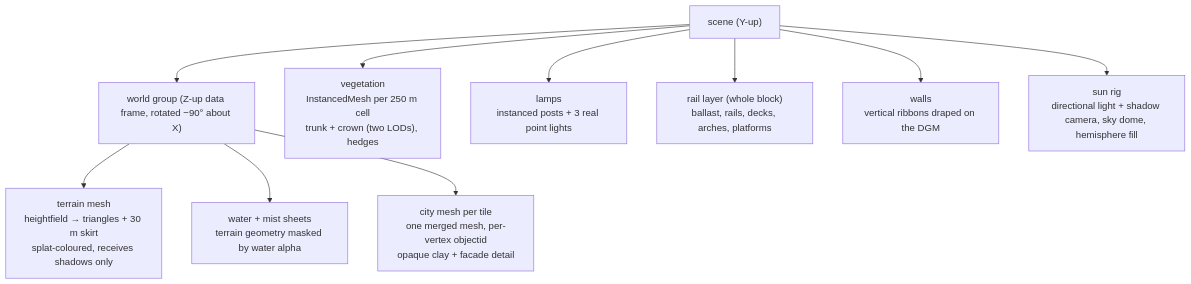
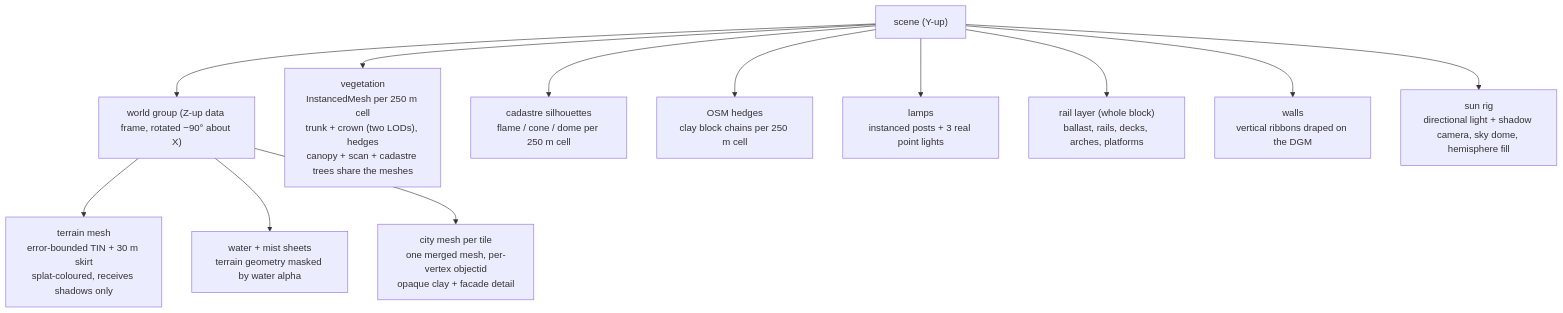
One commit to mdugue/bridge changed the first of 2 diagrams in docs/rendering.md. Above: the diagram before and after it, drawn with Mermaid. The commit also changed other lines of this file and 17 other files, not shown here.

First line of the commit message:
docs: TIN, cadastre, scan trees and hedges are shipped

````diff
--- a/docs/rendering.md
+++ b/docs/rendering.md
@@ -19,14 +19,16 @@
 ```mermaid
 flowchart TB
   SCENE["scene (Y-up)"]
   WORLD["world group (Z-up data frame, rotated −90° about X)"]
   SCENE --> WORLD
-  WORLD --> TER["terrain mesh<br/>heightfield → triangles + 30 m skirt<br/>splat-coloured, receives shadows only"]
+  WORLD --> TER["terrain mesh<br/>error-bounded TIN + 30 m skirt<br/>splat-coloured, receives shadows only"]
   WORLD --> WAT["water + mist sheets<br/>terrain geometry masked by water alpha"]
   WORLD --> CITY["city mesh per tile<br/>one merged mesh, per-vertex objectid<br/>opaque clay + facade detail"]
-  SCENE --> VEG["vegetation<br/>InstancedMesh per 250 m cell<br/>trunk + crown (two LODs), hedges"]
+  SCENE --> VEG["vegetation<br/>InstancedMesh per 250 m cell<br/>trunk + crown (two LODs), hedges<br/>canopy + scan + cadastre trees share the meshes"]
+  SCENE --> INV["cadastre silhouettes<br/>flame / cone / dome per 250 m cell"]
+  SCENE --> LOW["OSM hedges<br/>clay block chains per 250 m cell"]
   SCENE --> LAMP["lamps<br/>instanced posts + 3 real point lights"]
   SCENE --> RAIL["rail layer (whole block)<br/>ballast, rails, decks, arches, platforms"]
   SCENE --> WALL["walls<br/>vertical ribbons draped on the DGM"]
   SCENE --> SUN["sun rig<br/>directional light + shadow camera, sky dome, hemisphere fill"]
 ```
````
